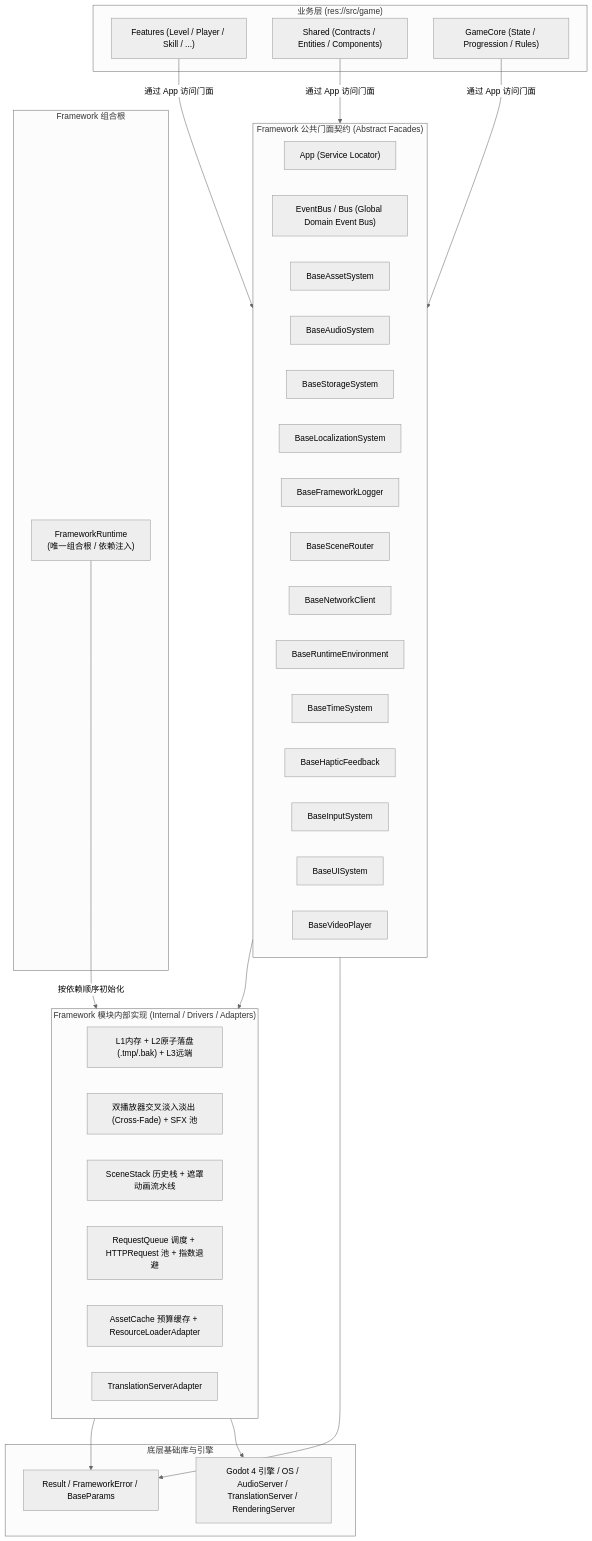
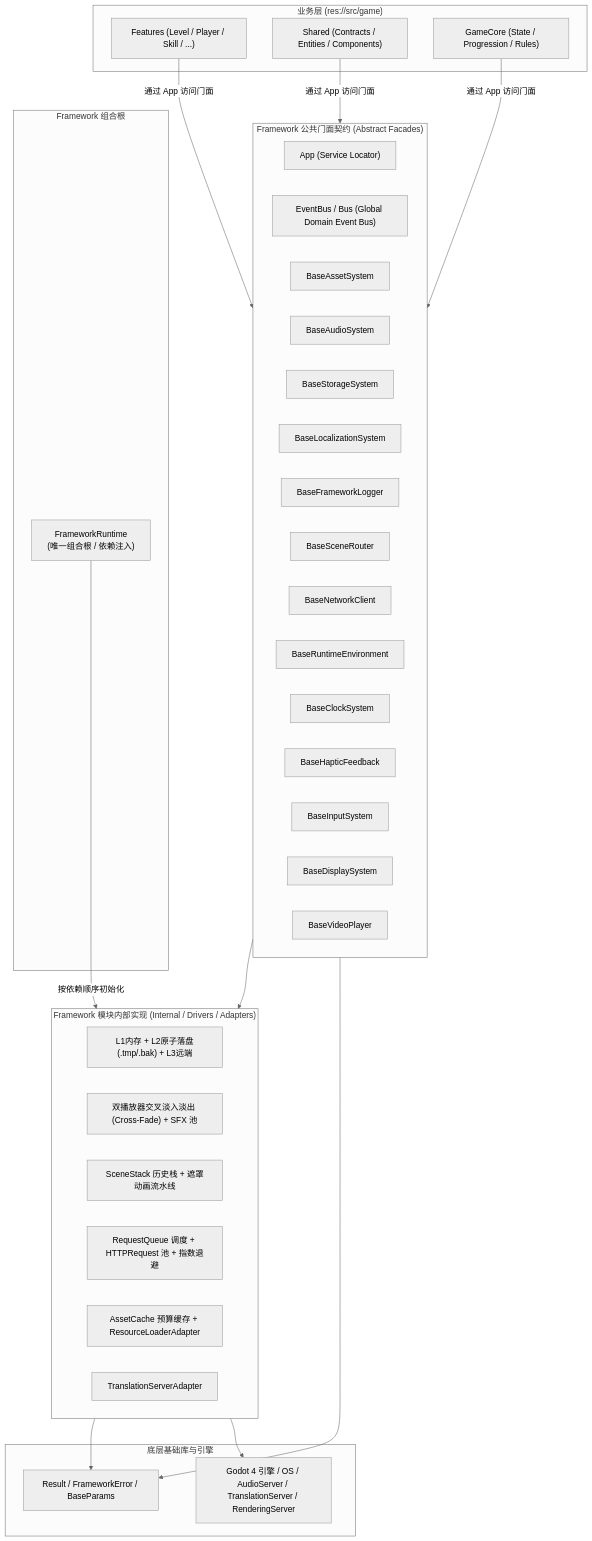
The diagram in src/framework/_doc_framework.md (krace-tx/slacker-survivors), drawn with Mermaid (neutral theme) before and after one commit. The commit also changed other lines of this file and 14 other files, not shown here.

````diff
--- a/src/framework/_doc_framework.md
+++ b/src/framework/_doc_framework.md
@@ -18,53 +18,53 @@
 ```mermaid
 flowchart TD
 		subgraph GameLayer["业务层 (res://src/game)"]
 		Features["Features (Level / Player / Skill / ...)"]
 		Shared["Shared (Contracts / Entities / Components)"]
 		Core["GameCore (State / Progression / Rules)"]
 	end
 
 	subgraph FrameworkFacades["Framework 公共门面契约 (Abstract Facades)"]
 		AppLocator["App (Service Locator)"]
 		EventBus["EventBus / Bus (Global Domain Event Bus)"]
 		AssetFace["BaseAssetSystem"]
 		AudioFace["BaseAudioSystem"]
 		StorageFace["BaseStorageSystem"]
 		LocaleFace["BaseLocalizationSystem"]
 		LogFace["BaseFrameworkLogger"]
 		SceneFace["BaseSceneRouter"]
 		NetFace["BaseNetworkClient"]
 		EnvFace["BaseRuntimeEnvironment"]
-		TimeFace["BaseTimeSystem"]
+		ClockFace["BaseClockSystem"]
 		HapticFace["BaseHapticFeedback"]
 		InputFace["BaseInputSystem"]
-		UIFace["BaseUISystem"]
+		DisplayFace["BaseDisplaySystem"]
 		VideoFace["BaseVideoPlayer"]
 	end
 
 	subgraph FrameworkInternal["Framework 模块内部实现 (Internal / Drivers / Adapters)"]
 		StorageImpl["L1内存 + L2原子落盘(.tmp/.bak) + L3远端"]
 		AudioImpl["双播放器交叉淡入淡出 (Cross-Fade) + SFX 池"]
 		SceneImpl["SceneStack 历史栈 + 遮罩动画流水线"]
 		NetImpl["RequestQueue 调度 + HTTPRequest 池 + 指数退避"]
 		AssetImpl["AssetCache 预算缓存 + ResourceLoaderAdapter"]
 		LocaleImpl["TranslationServerAdapter"]
 	end
 
 	subgraph CompositionRoot["Framework 组合根"]
 		Runtime["FrameworkRuntime\n(唯一组合根 / 依赖注入)"]
 	end
 
 	subgraph Foundation["底层基础库与引擎"]
 		CoreFoundation["Result / FrameworkError / BaseParams"]
 		Engine["Godot 4 引擎 / OS / AudioServer / TranslationServer / RenderingServer"]
 	end
 
 	Features -->|通过 App 访问门面| FrameworkFacades
 	Shared -->|通过 App 访问门面| FrameworkFacades
 	Core -->|通过 App 访问门面| FrameworkFacades
 	Runtime -->|按依赖顺序初始化| FrameworkInternal
 	FrameworkFacades --> FrameworkInternal
 	FrameworkFacades --> CoreFoundation
 	FrameworkInternal --> CoreFoundation
 	FrameworkInternal --> Engine
 ```
````
